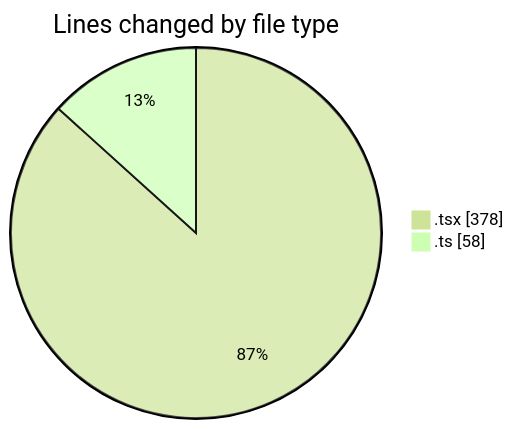
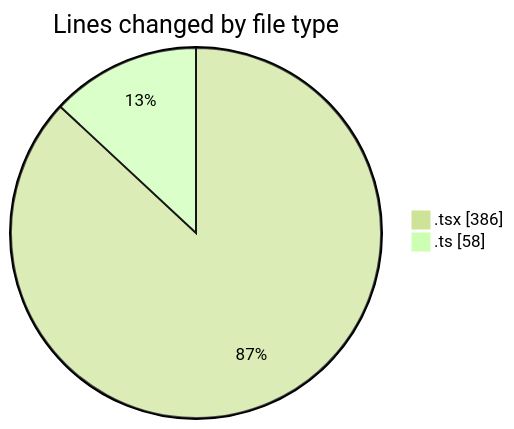
Before and after one commit to nxtqubesakshisongat/code-tracking: the first of 2 diagrams in 2026-04-17/airfeed-analytics-dashboard/README.md, drawn with Mermaid (forest theme). The commit also changed other lines of this file and 1 other file, not shown here.

````diff
--- a/2026-04-17/airfeed-analytics-dashboard/README.md
+++ b/2026-04-17/airfeed-analytics-dashboard/README.md
@@ -22,6 +22,6 @@
 ```mermaid
 pie showData
 title Lines changed by file type
-".tsx" : 378
+".tsx" : 386
 ".ts" : 58
 ```
````
